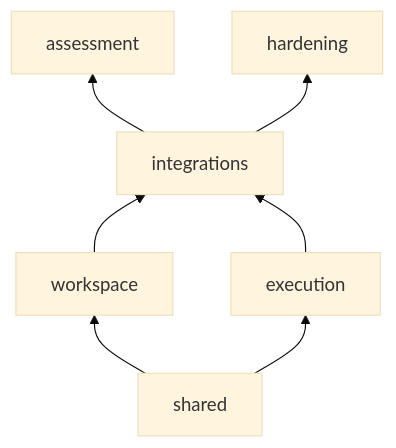
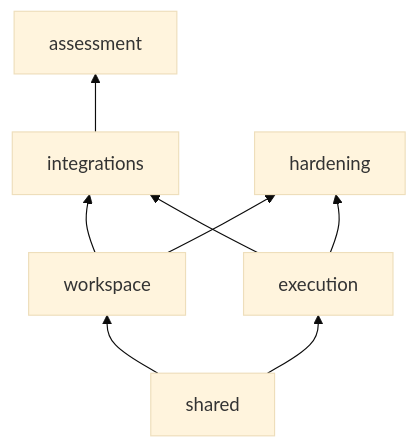
One commit to adelrodriguez/adamantite changed the first of 2 diagrams in docs/architecture.md. Above: the diagram before and after it, drawn with Mermaid (base theme). The commit also changed other lines of this file and 4 other files, not shown here.

First line of the commit message:
Import discovery from the workspace layer, and keep hardening beside integrations

````diff
--- a/docs/architecture.md
+++ b/docs/architecture.md
@@ -41,9 +41,10 @@
 ```mermaid
 flowchart BT
   shared --> workspace
   shared --> execution
   workspace --> integrations
   execution --> integrations
   integrations --> assessment
-  integrations --> hardening
+  workspace --> hardening
+  execution --> hardening
 ```
````
